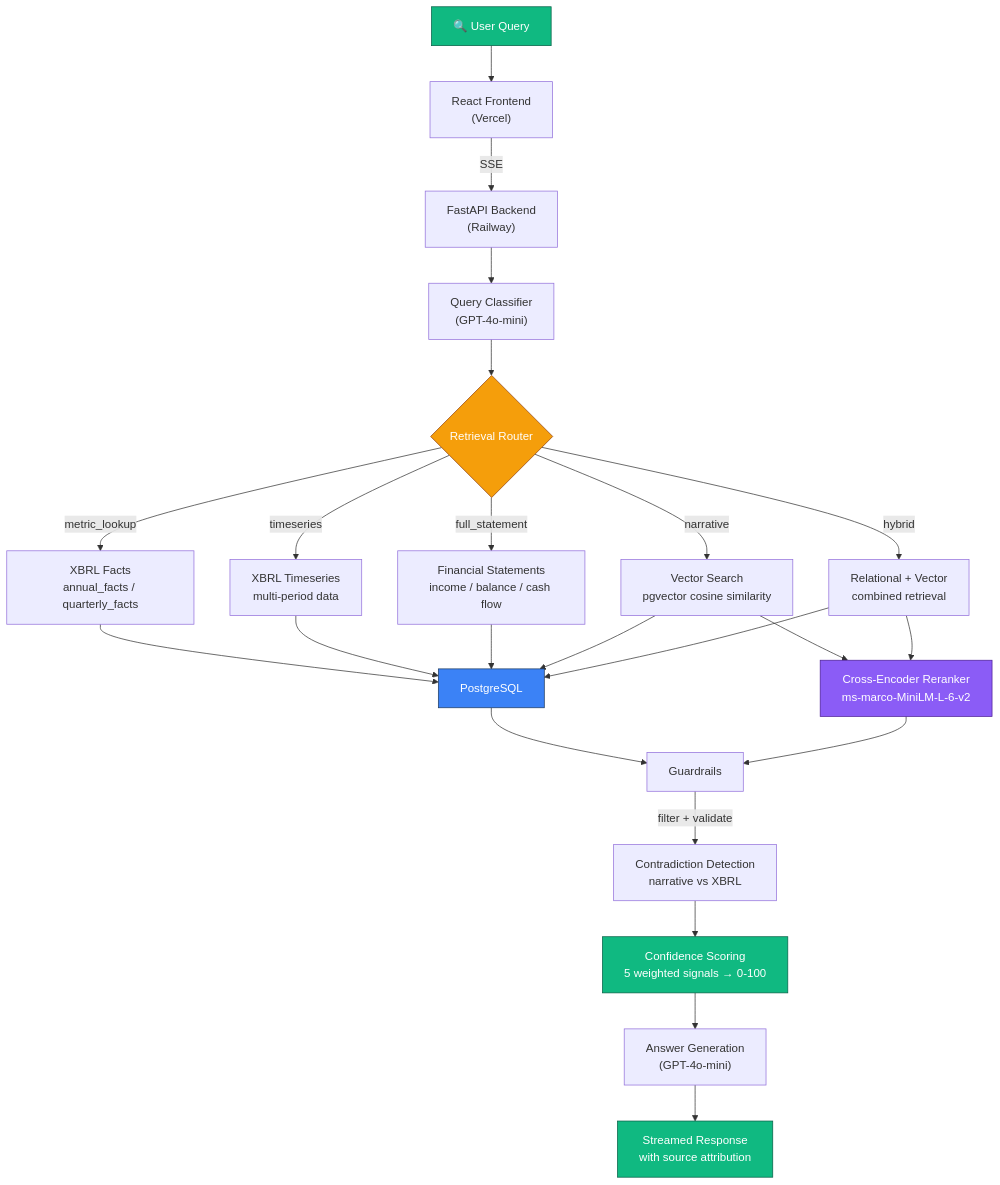
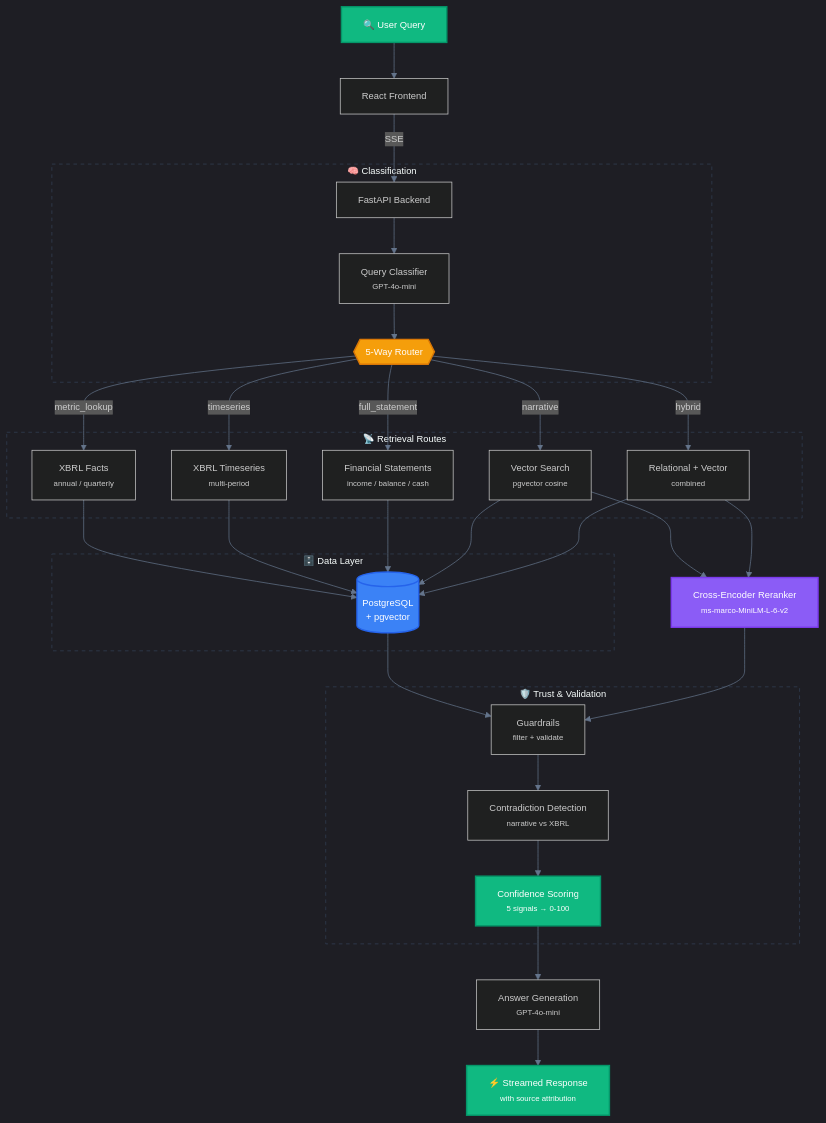
Before and after one commit to bhattaraisubal-eng/sec-intelligence-system: the first of 2 diagrams in README.md, drawn with Mermaid. The commit also changed other lines of this file and 3 other files, not shown here.

First line of the commit message:
Upgrade all Mermaid diagrams with dark theme, subgraphs, and consistent styling

````diff
--- a/README.md
+++ b/README.md
@@ -73,37 +73,61 @@
 ```mermaid
+%%{init: {'theme': 'dark', 'themeVariables': {'primaryColor': '#1e293b', 'primaryBorderColor': '#475569', 'lineColor': '#64748b', 'fontFamily': 'ui-monospace, monospace', 'fontSize': '13px'}}}%%
 graph TD
-    A["🔍 User Query"] --> B["React Frontend<br/>(Vercel)"]
-    B -->|SSE| C["FastAPI Backend<br/>(Railway)"]
-    C --> D["Query Classifier<br/>(GPT-4o-mini)"]
-    D --> E{Retrieval Router}
+    A["🔍 User Query"] --> B["React Frontend"]
+    B -->|"SSE"| C["FastAPI Backend"]
 
-    E -->|"metric_lookup"| F["XBRL Facts<br/>annual_facts / quarterly_facts"]
-    E -->|"timeseries"| G["XBRL Timeseries<br/>multi-period data"]
-    E -->|"full_statement"| H["Financial Statements<br/>income / balance / cash flow"]
-    E -->|"narrative"| I["Vector Search<br/>pgvector cosine similarity"]
-    E -->|"hybrid"| J["Relational + Vector<br/>combined retrieval"]
+    subgraph classification ["🧠 Classification"]
+        C --> D["Query Classifier<br/><small>GPT-4o-mini</small>"]
+        D --> E{{"5-Way Router"}}
+    end
 
-    F --> K["PostgreSQL"]
+    subgraph retrieval ["📡 Retrieval Routes"]
+        E -->|"metric_lookup"| F["XBRL Facts<br/><small>annual / quarterly</small>"]
+        E -->|"timeseries"| G["XBRL Timeseries<br/><small>multi-period</small>"]
+        E -->|"full_statement"| H["Financial Statements<br/><small>income / balance / cash</small>"]
+        E -->|"narrative"| I["Vector Search<br/><small>pgvector cosine</small>"]
+        E -->|"hybrid"| J["Relational + Vector<br/><small>combined</small>"]
+    end
+
+    subgraph storage ["🗄️ Data Layer"]
+        K[("PostgreSQL<br/>+ pgvector")]
+    end
+
+    F --> K
     G --> K
     H --> K
     I --> K
     J --> K
 
-    I --> L["Cross-Encoder Reranker<br/>ms-marco-MiniLM-L-6-v2"]
+    I --> L["Cross-Encoder Reranker<br/><small>ms-marco-MiniLM-L-6-v2</small>"]
     J --> L
 
-    K --> M["Guardrails"]
+    subgraph trust ["🛡️ Trust & Validation"]
+        M["Guardrails<br/><small>filter + validate</small>"]
+        M --> N["Contradiction Detection<br/><small>narrative vs XBRL</small>"]
+        N --> O["Confidence Scoring<br/><small>5 signals → 0-100</small>"]
+    end
+
+    K --> M
     L --> M
 
-    M -->|"filter + validate"| N["Contradiction Detection<br/>narrative vs XBRL"]
-    N --> O["Confidence Scoring<br/>5 weighted signals → 0-100"]
-    O --> P["Answer Generation<br/>(GPT-4o-mini)"]
-    P --> Q["Streamed Response<br/>with source attribution"]
+    O --> P["Answer Generation<br/><small>GPT-4o-mini</small>"]
+    P --> Q["⚡ Streamed Response<br/><small>with source attribution</small>"]
 
-    style A fill:#10b981,stroke:#065f46,color:#fff
-    style E fill:#f59e0b,stroke:#92400e,color:#fff
-    style K fill:#3b82f6,stroke:#1e3a5f,color:#fff
-    style L fill:#8b5cf6,stroke:#4c1d95,color:#fff
-    style O fill:#10b981,stroke:#065f46,color:#fff
-    style Q fill:#10b981,stroke:#065f46,color:#fff
+    classDef input fill:#10b981,stroke:#059669,color:#fff,stroke-width:2px
+    classDef router fill:#f59e0b,stroke:#d97706,color:#fff,stroke-width:2px
+    classDef db fill:#3b82f6,stroke:#2563eb,color:#fff,stroke-width:2px
+    classDef ml fill:#8b5cf6,stroke:#7c3aed,color:#fff,stroke-width:2px
+    classDef output fill:#10b981,stroke:#059669,color:#fff,stroke-width:2px
+
+    class A,Q input
+    class E router
+    class K db
+    class L ml
+    class O output
+
+    style classification fill:transparent,stroke:#334155,stroke-width:1px,stroke-dasharray:5 5
+    style retrieval fill:transparent,stroke:#334155,stroke-width:1px,stroke-dasharray:5 5
+    style storage fill:transparent,stroke:#334155,stroke-width:1px,stroke-dasharray:5 5
+    style trust fill:transparent,stroke:#334155,stroke-width:1px,stroke-dasharray:5 5
 ```
````
